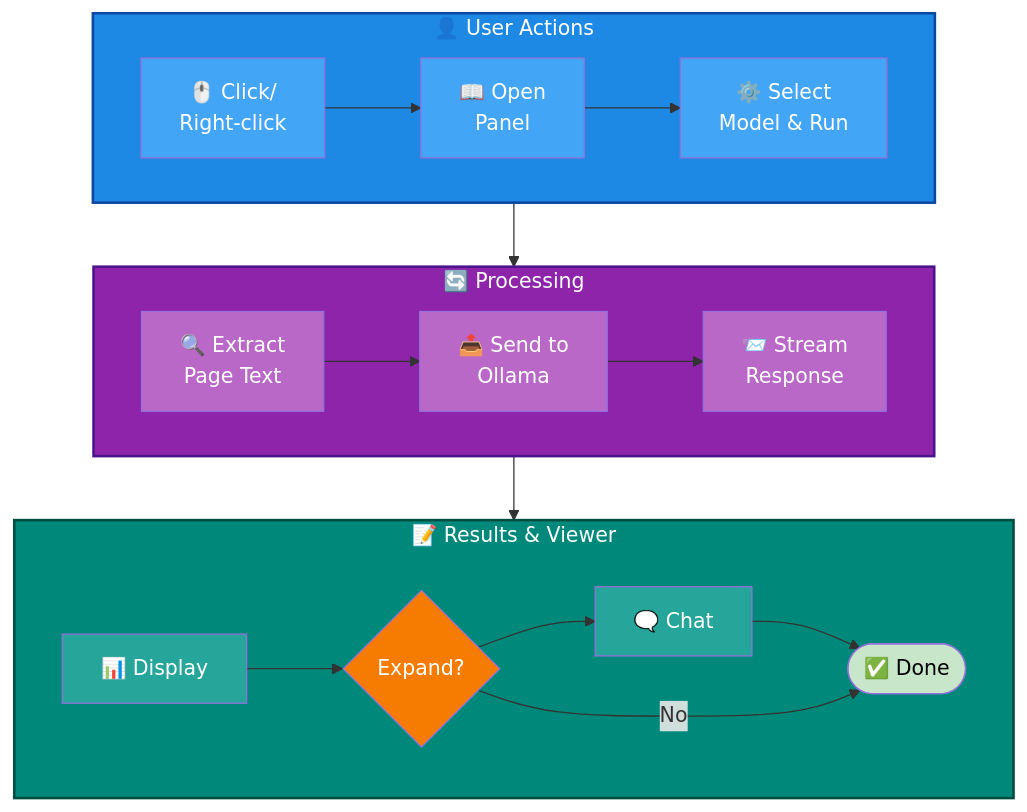
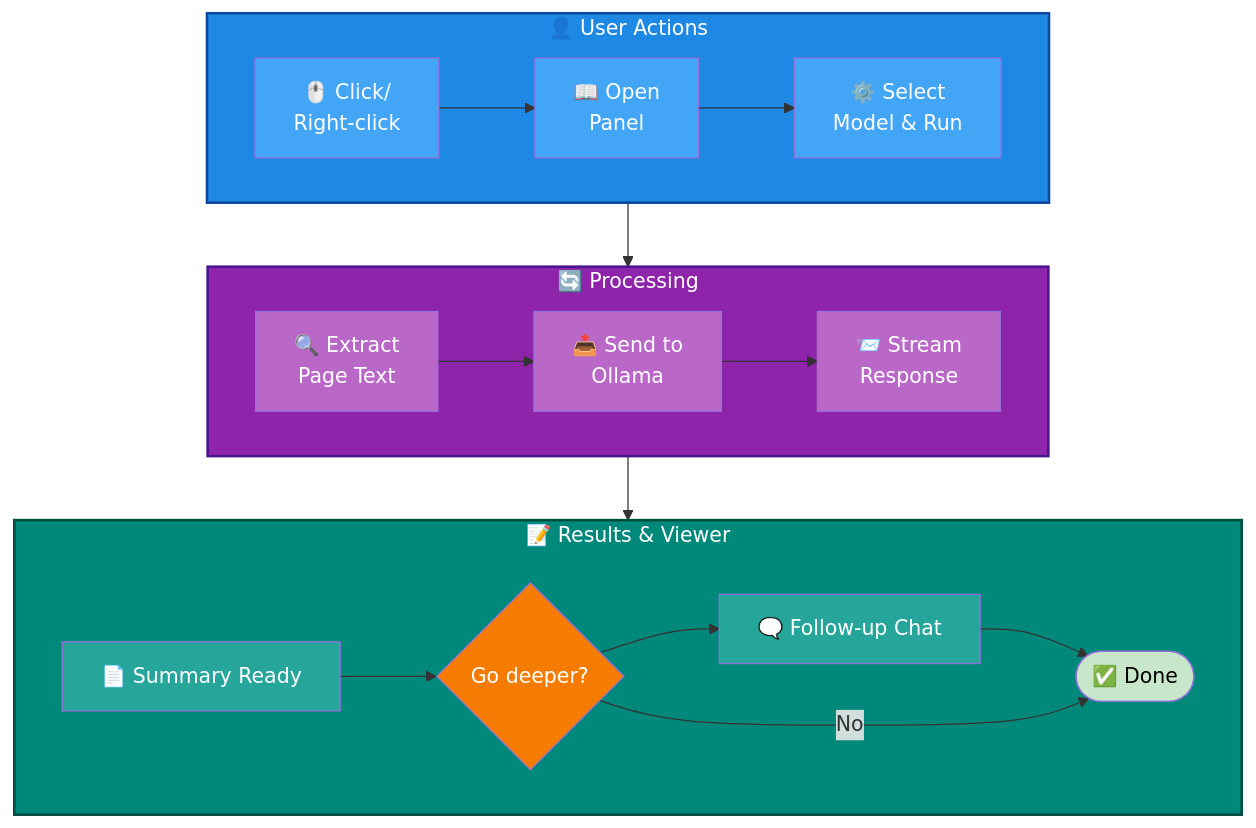
The diagram in README.md (ioncat/llm-onpage-summarizer), drawn with Mermaid before and after one commit.

Commit message:
docs: improve Results block labels in diagram
- Display → Summary Ready
- Expand? → Go deeper?
- Chat → Follow-up Chat

````diff
--- a/README.md
+++ b/README.md
@@ -24,32 +24,32 @@
 ```mermaid
 graph TD
     subgraph UA["👤 User Actions"]
         UA1["🖱️ Click/<br/>Right-click"] --> UA2["📖 Open<br/>Panel"] --> UA3["⚙️ Select<br/>Model & Run"]
     end
 
     subgraph OL["🔄 Processing"]
         OL1["🔍 Extract<br/>Page Text"] --> OL2["📤 Send to<br/>Ollama"] --> OL3["📨 Stream<br/>Response"]
     end
 
     subgraph RES["📝 Results & Viewer"]
-        RES1["📊 Display"] --> RES2{Expand?} --> RES3["🗨️ Chat"] --> RES4([✅ Done])
+        RES1["📄 Summary Ready"] --> RES2{Go deeper?} --> RES3["🗨️ Follow-up Chat"] --> RES4([✅ Done])
         RES2 -->|No| RES4
     end
 
     UA --> OL
     OL --> RES
 
     style UA fill:#1e88e5,color:#fff,stroke:#0d47a1,stroke-width:2px
     style OL fill:#8e24aa,color:#fff,stroke:#4a148c,stroke-width:2px
     style RES fill:#00897b,color:#fff,stroke:#004d40,stroke-width:2px
     style UA1 fill:#42a5f5,color:#fff
     style UA2 fill:#42a5f5,color:#fff
     style UA3 fill:#42a5f5,color:#fff
     style OL1 fill:#ba68c8,color:#fff
     style OL2 fill:#ba68c8,color:#fff
     style OL3 fill:#ba68c8,color:#fff
     style RES1 fill:#26a69a,color:#fff
     style RES2 fill:#f57c00,color:#fff
     style RES3 fill:#26a69a,color:#fff
     style RES4 fill:#c8e6c9,color:#000
 ```
````
